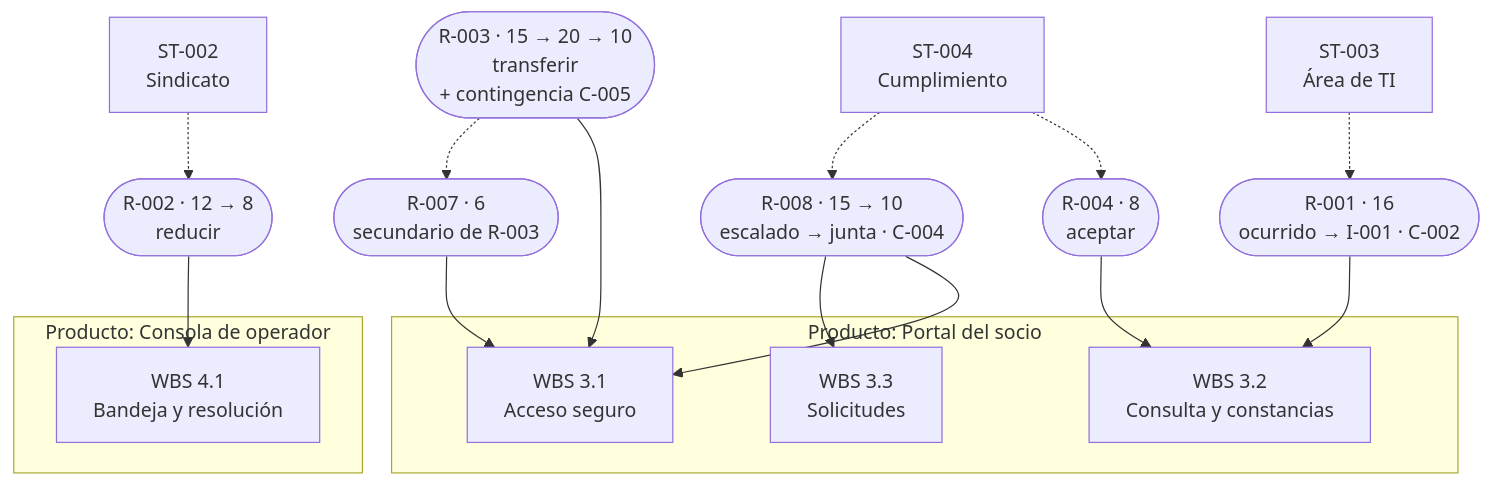
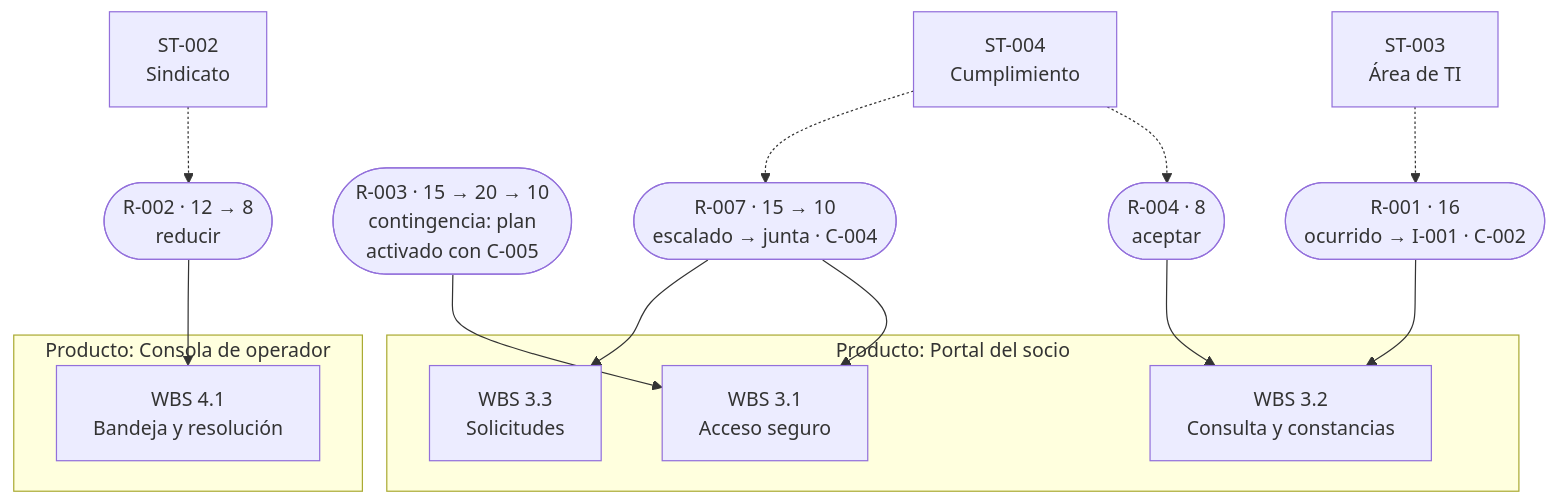
The second of 2 diagrams in docs/guias/E2E-1-riesgos.md (Arturo-Penas-Rial/pm-method), drawn with Mermaid before and after one commit. The commit also changed other lines of this file and 284 other files, not shown here.

````diff
--- a/docs/guias/E2E-1-riesgos.md
+++ b/docs/guias/E2E-1-riesgos.md
@@ -760,23 +945,21 @@
 ```mermaid
 flowchart TB
     subgraph P1["Producto: Portal del socio"]
         w31["WBS 3.1<br/>Acceso seguro"]
         w32["WBS 3.2<br/>Consulta y constancias"]
         w33["WBS 3.3<br/>Solicitudes"]
     end
     subgraph P2["Producto: Consola de operador"]
         w41["WBS 4.1<br/>Bandeja y resolución"]
     end
     r1(["R-001 · 16<br/>ocurrido → I-001 · C-002"]) --> w32
-    r3(["R-003 · 15 → 20 → 10<br/>transferir<br/>+ contingencia C-005"]) --> w31
-    r7(["R-007 · 6<br/>secundario de R-003"]) --> w31
-    r3 -.-> r7
-    r8(["R-008 · 15 → 10<br/>escalado → junta · C-004"]) --> w31
-    r8 --> w33
+    r3(["R-003 · 15 → 20 → 10<br/>contingencia: plan<br/>activado con C-005"]) --> w31
+    r7(["R-007 · 15 → 10<br/>escalado → junta · C-004"]) --> w31
+    r7 --> w33
     r4(["R-004 · 8<br/>aceptar"]) --> w32
     r2(["R-002 · 12 → 8<br/>reducir"]) --> w41
     st3["ST-003<br/>Área de TI"] -.-> r1
     st2["ST-002<br/>Sindicato"] -.-> r2
     st4["ST-004<br/>Cumplimiento"] -.-> r4
-    st4 -.-> r8
+    st4 -.-> r7
 ```
````
